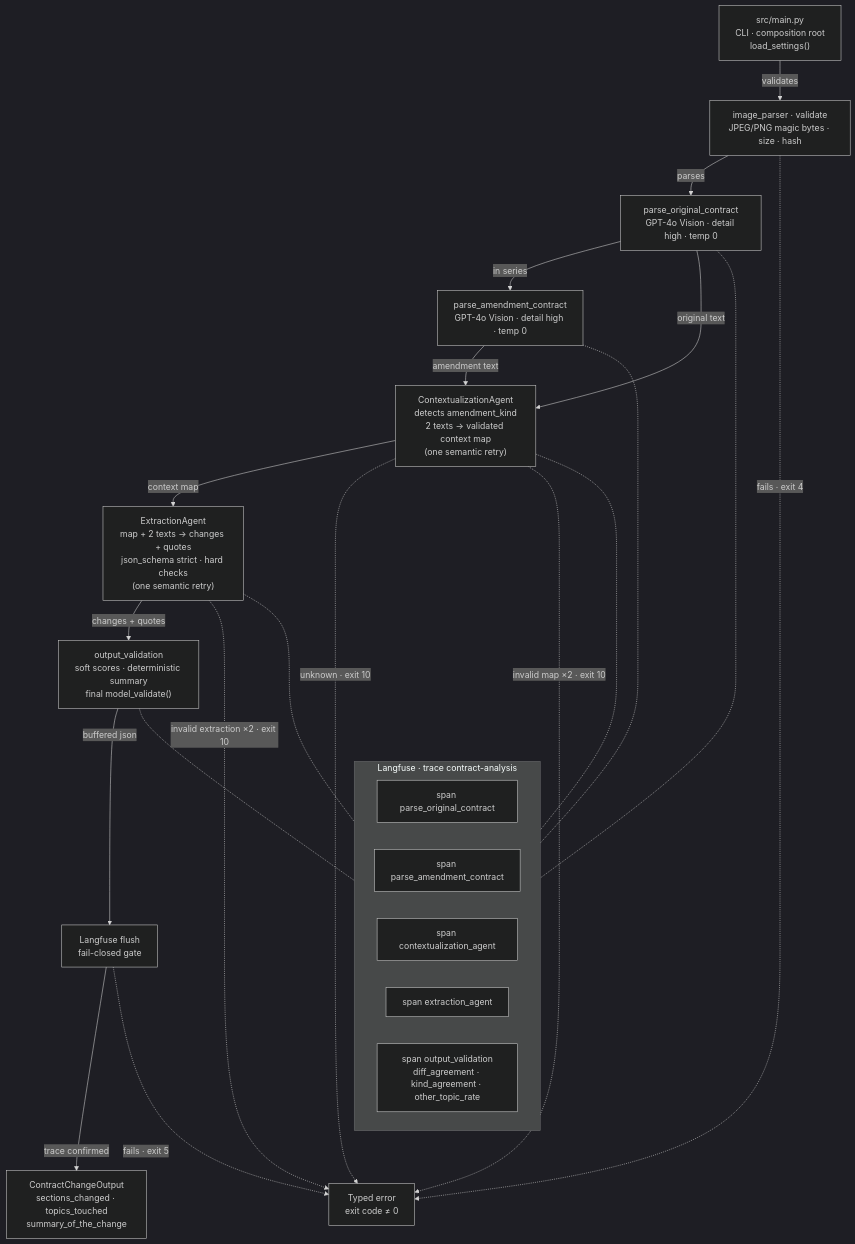
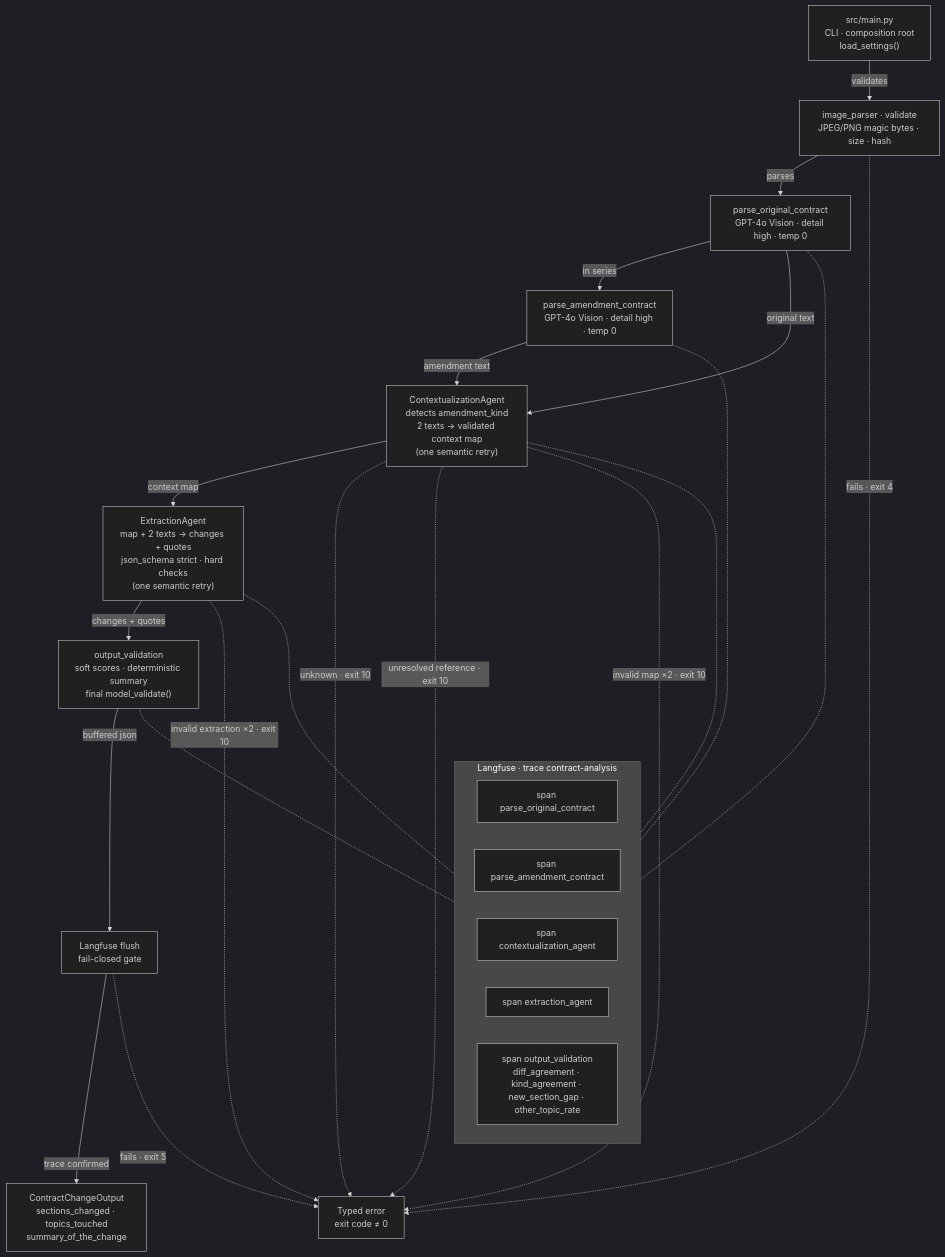
One commit to GDC94/M4-LegalMove changed the diagram in README.md. Above: the diagram before and after it, drawn with Mermaid (dark theme). The commit also changed other lines of this file and 33 other files, not shown here.

````diff
--- a/README.md
+++ b/README.md
@@ -28,43 +28,44 @@
 ```mermaid
 flowchart TD
     CLI["src/main.py<br/>CLI · composition root<br/>load_settings()"]
     VAL["image_parser · validate<br/>JPEG/PNG magic bytes · size · hash"]
     PO["parse_original_contract<br/>GPT-4o Vision · detail high · temp 0"]
     PA["parse_amendment_contract<br/>GPT-4o Vision · detail high · temp 0"]
     CTX["ContextualizationAgent<br/>detects amendment_kind<br/>2 texts → validated context map<br/>(one semantic retry)"]
     EXT["ExtractionAgent<br/>map + 2 texts → changes + quotes<br/>json_schema strict · hard checks<br/>(one semantic retry)"]
     CHK["output_validation<br/>soft scores · deterministic summary<br/>final model_validate()"]
     FLUSH["Langfuse flush<br/>fail-closed gate"]
     OUT["ContractChangeOutput<br/>sections_changed · topics_touched<br/>summary_of_the_change"]
     ERR["Typed error<br/>exit code ≠ 0"]
 
     CLI -->|validates| VAL
     VAL -->|parses| PO
     PO -->|in series| PA
     PO -->|original text| CTX
     PA -->|amendment text| CTX
     CTX -->|context map| EXT
     EXT -->|changes + quotes| CHK
     CHK -->|buffered json| FLUSH
     FLUSH -->|trace confirmed| OUT
     VAL -.->|fails · exit 4| ERR
     CTX -.->|unknown · exit 10| ERR
+    CTX -.->|unresolved reference · exit 10| ERR
     CTX -.->|invalid map ×2 · exit 10| ERR
     EXT -.->|invalid extraction ×2 · exit 10| ERR
     FLUSH -.->|fails · exit 5| ERR
 
     subgraph LF["Langfuse · trace contract-analysis"]
         direction LR
         S1["span parse_original_contract"]
         S2["span parse_amendment_contract"]
         S3["span contextualization_agent"]
         S4["span extraction_agent"]
-        SC["span output_validation<br/>diff_agreement · kind_agreement · other_topic_rate"]
+        SC["span output_validation<br/>diff_agreement · kind_agreement · new_section_gap · other_topic_rate"]
     end
 
     PO -.- S1
     PA -.- S2
     CTX -.- S3
     EXT -.- S4
     CHK -.- SC
 ```
````
